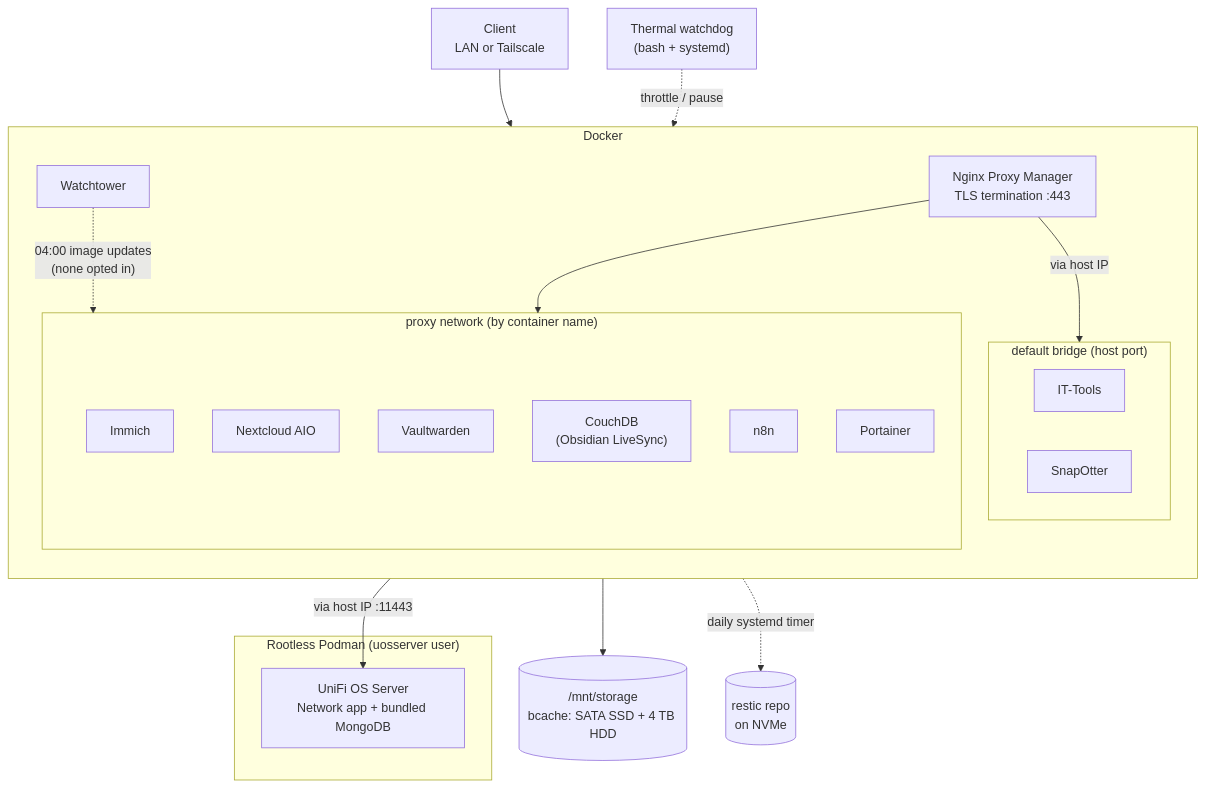
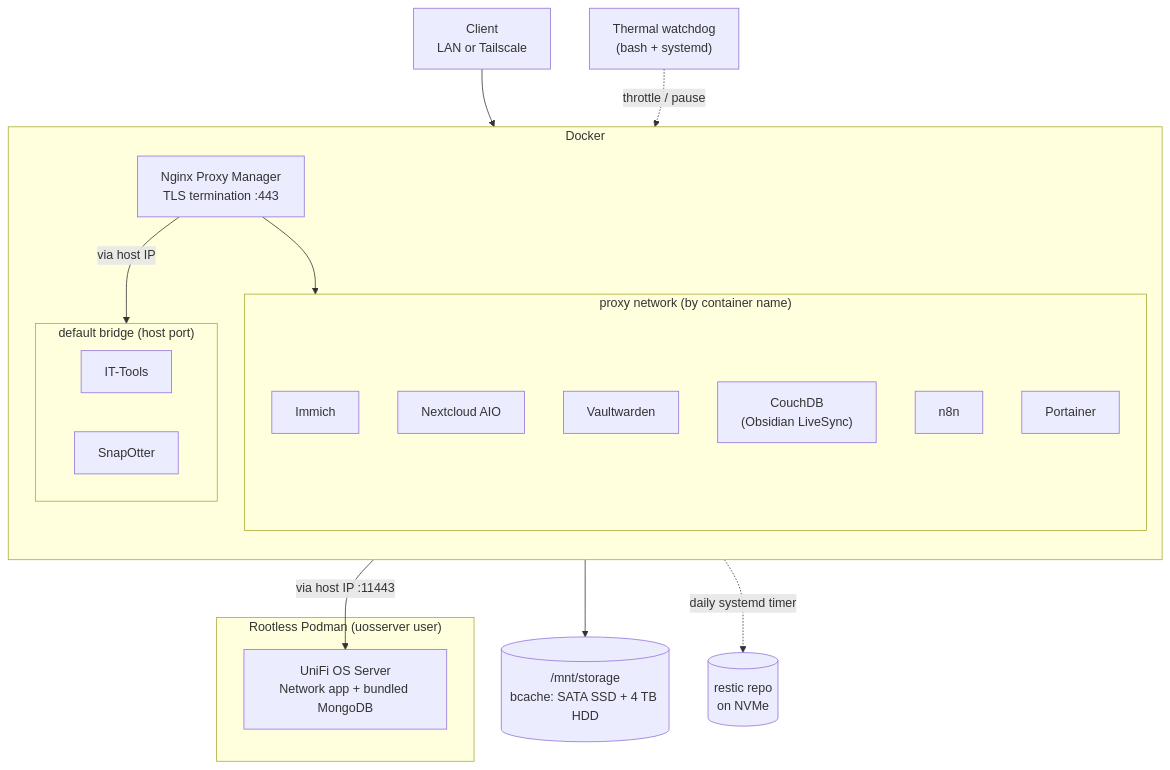
One commit to schultzn6619/homelab-documentation changed the second of 2 diagrams in README.md. Above: the diagram before and after it, drawn with Mermaid. The commit also changed other lines of this file and 10 other files, not shown here.

````diff
--- a/README.md
+++ b/README.md
@@ -55,35 +55,34 @@
 ```mermaid
 flowchart TB
     Client[Client<br/>LAN or Tailscale] --> NPM["Nginx Proxy Manager<br/>TLS termination :443"]
 
     subgraph Docker["Docker"]
         direction TB
         NPM
         subgraph Proxy["proxy network (by container name)"]
             Immich
             Nextcloud[Nextcloud AIO]
             Vaultwarden
             CouchDB["CouchDB<br/>(Obsidian LiveSync)"]
             n8n
             Portainer
         end
         subgraph Bridge["default bridge (host port)"]
             ITTools[IT-Tools]
             SnapOtter
         end
-        Watchtower -. "04:00 image updates<br/>(none opted in)" .-> Proxy
     end
 
     subgraph Podman["Rootless Podman (uosserver user)"]
         UOS["UniFi OS Server<br/>Network app + bundled MongoDB"]
     end
 
     NPM --> Proxy
     NPM -- "via host IP" --> Bridge
     NPM -- "via host IP :11443" --> UOS
 
     Proxy --> Storage[("/mnt/storage<br/>bcache: SATA SSD + 4 TB HDD")]
     Proxy -. "daily systemd timer" .-> Backups[("restic repo<br/>on NVMe")]
 
     Watchdog["Thermal watchdog<br/>(bash + systemd)"] -. "throttle / pause" .-> Immich
 ```
````
